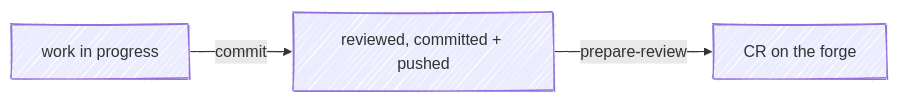
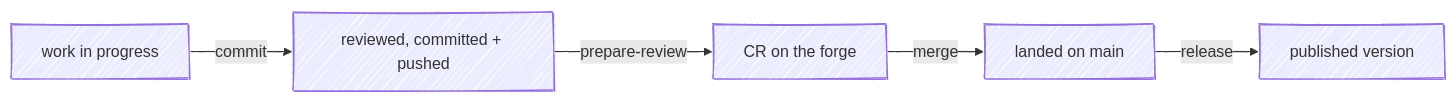
Before and after one commit to chris-peterson/anchor: the diagram in docs/README.md, drawn with Mermaid. The commit also changed other lines of this file and 13 other files, not shown here.

````diff
--- a/docs/README.md
+++ b/docs/README.md
@@ -9,6 +9,8 @@
 ```mermaid
 %%{ init: { 'look': 'handDrawn' } }%%
 flowchart LR
     WIP["work in progress"] -->|commit| Pushed["reviewed, committed + pushed"]
     Pushed -->|prepare-review| Forge["CR on the forge"]
+    Forge -->|merge| Landed["landed on main"]
+    Landed -->|release| Shipped["published version"]
 ```
````
